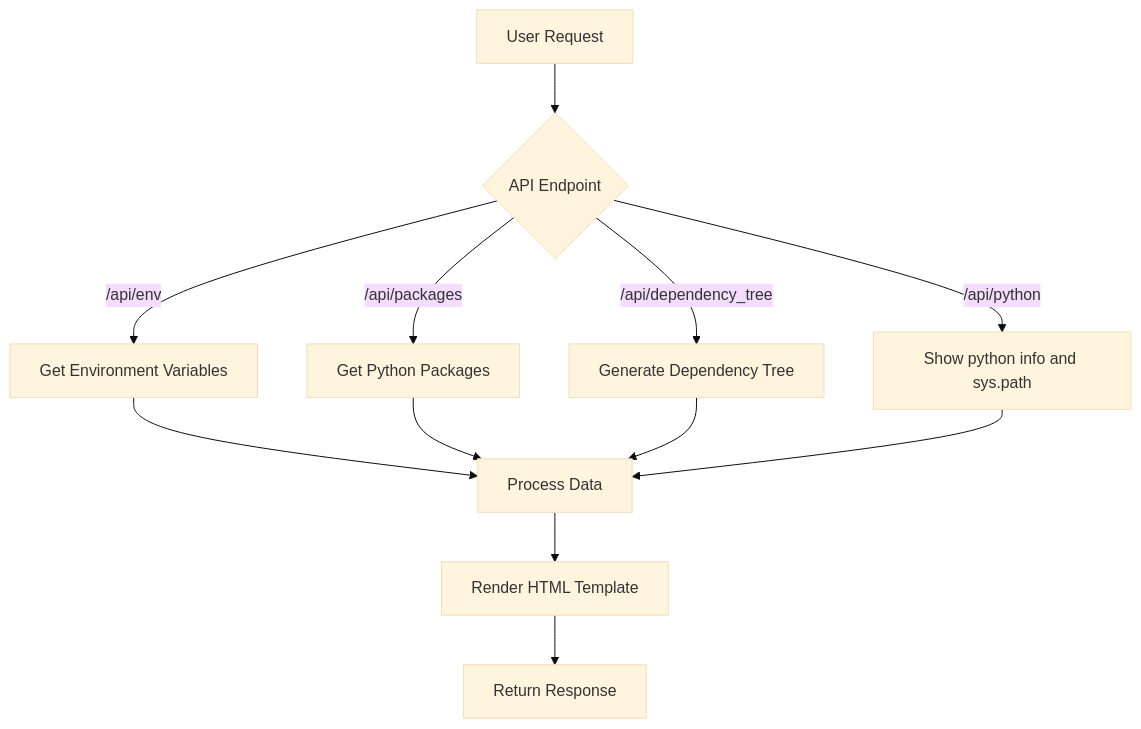
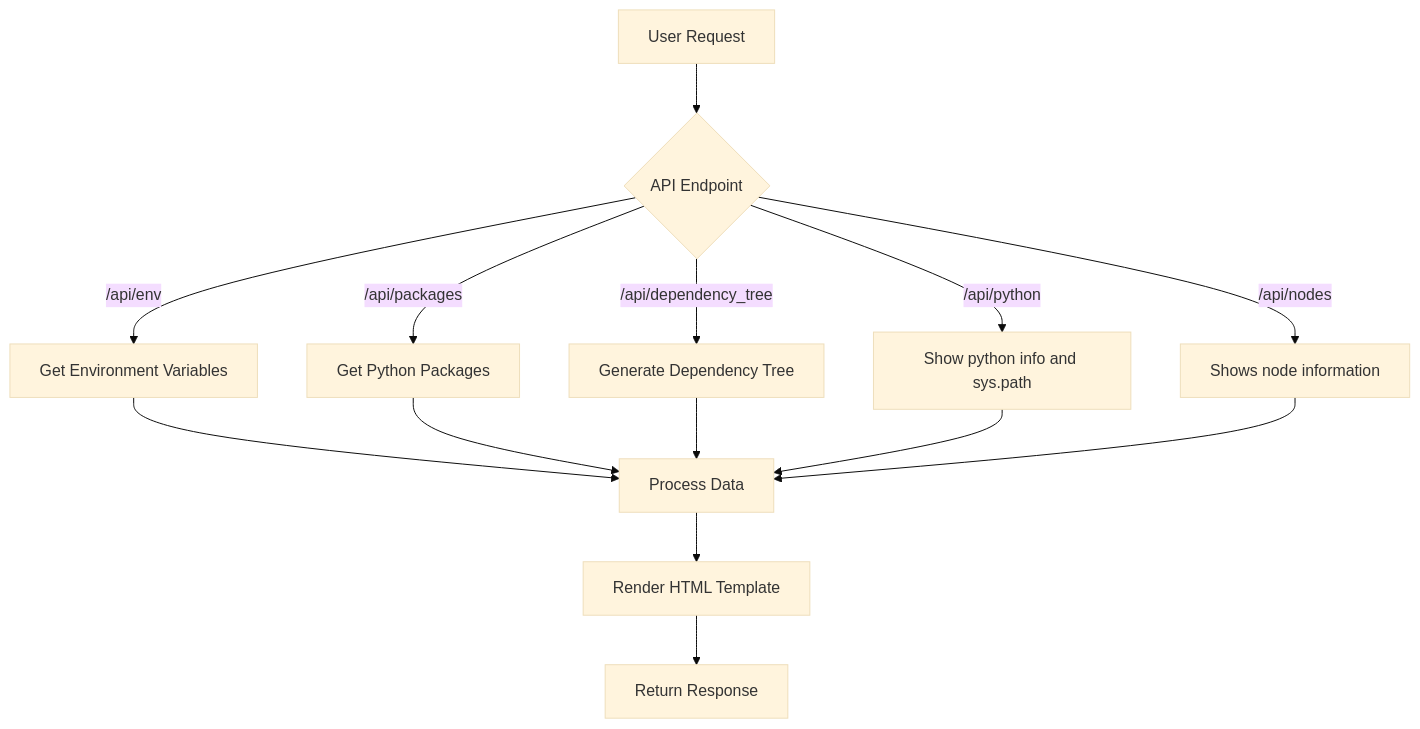
Before and after one commit to chrisdreid/ComfyUI_EnvAutopsyAPI: the diagram in README.md, drawn with Mermaid (base theme). The commit also changed other lines of this file, not shown here.

````diff
--- a/README.md
+++ b/README.md
@@ -90,14 +92,16 @@
 ```mermaid
 graph TD
  A[User Request] --> B{API Endpoint}
  B -->|/api/env| C[Get Environment Variables]
  B -->|/api/packages| D[Get Python Packages]
  B -->|/api/dependency_tree| E[Generate Dependency Tree]
  B -->|/api/python| S[Show python info and sys.path]
+ B -->|/api/nodes| N[Shows node information]
  C --> F[Process Data]
  D --> F
  E --> F
  S --> F
+ N --> F
  F --> G[Render HTML Template]
  G --> H[Return Response]
 ```
````
